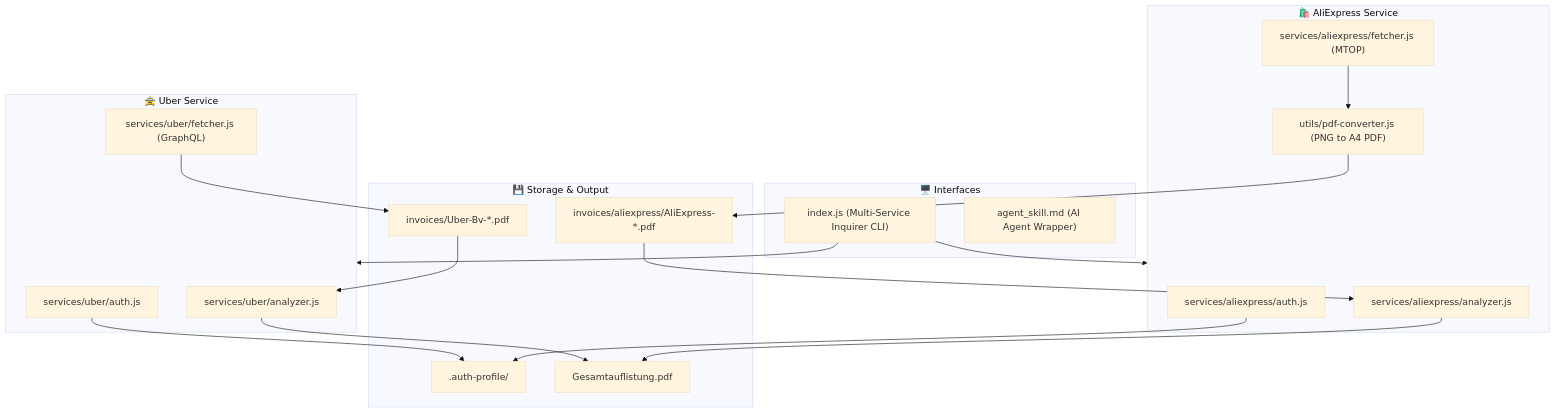
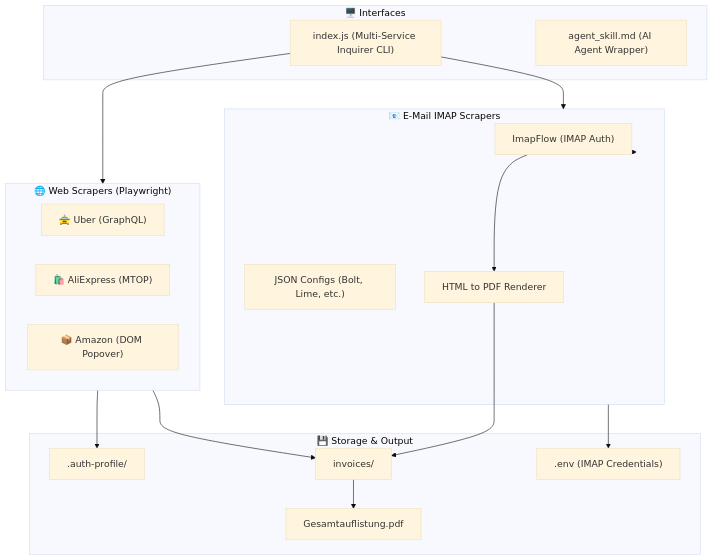
One commit to hybridlabor-api/invoice-scrape-agent changed the diagram in README.md. Above: the diagram before and after it, drawn with Mermaid (base theme). The commit also changed other lines of this file, not shown here.

Commit message:
docs: update README with new IMAP email scraping architecture and Amazon integration

````diff
--- a/README.md
+++ b/README.md
@@ -55,36 +64,36 @@
 ```mermaid
 flowchart TD
     subgraph UI ["🖥️ Interfaces"]
         CLI["index.js (Multi-Service Inquirer CLI)"]
         AGENT["agent_skill.md (AI Agent Wrapper)"]
     end
 
-    subgraph Uber ["🚖 Uber Service"]
-        U_AUTH["services/uber/auth.js"]
-        U_FETCH["services/uber/fetcher.js (GraphQL)"]
-        U_PARSE["services/uber/analyzer.js"]
+    subgraph WebScrapers ["🌐 Web Scrapers (Playwright)"]
+        UBER["🚖 Uber (GraphQL)"]
+        ALI["🛍️ AliExpress (MTOP)"]
+        AMZ["📦 Amazon (DOM Popover)"]
     end
 
-    subgraph AliExpress ["🛍️ AliExpress Service"]
-        A_AUTH["services/aliexpress/auth.js"]
-        A_FETCH["services/aliexpress/fetcher.js (MTOP)"]
-        A_CONV["utils/pdf-converter.js (PNG to A4 PDF)"]
-        A_PARSE["services/aliexpress/analyzer.js"]
+    subgraph EmailScrapers ["📧 E-Mail IMAP Scrapers"]
+        IMAP["ImapFlow (IMAP Auth)"]
+        JSON["JSON Configs (Bolt, Lime, etc.)"]
+        HTML2PDF["HTML to PDF Renderer"]
     end
 
     subgraph Storage ["💾 Storage & Output"]
         PROFILE[".auth-profile/"]
-        U_INV["invoices/Uber-Bv-*.pdf"]
-        A_INV["invoices/aliexpress/AliExpress-*.pdf"]
+        ENV[".env (IMAP Credentials)"]
+        INVOICES["invoices/"]
         SUMMARY["Gesamtauflistung.pdf"]
     end
 
-    CLI --> Uber
-    CLI --> AliExpress
-    U_AUTH --> PROFILE
-    A_AUTH --> PROFILE
-    U_FETCH --> U_INV
-    A_FETCH --> A_CONV --> A_INV
-    U_INV --> U_PARSE --> SUMMARY
-    A_INV --> A_PARSE --> SUMMARY
+    CLI --> WebScrapers
+    CLI --> EmailScrapers
+    WebScrapers --> PROFILE
+    EmailScrapers --> ENV
+    EmailScrapers --> IMAP
+    IMAP --> HTML2PDF
+    HTML2PDF --> INVOICES
+    WebScrapers --> INVOICES
+    INVOICES --> SUMMARY
 ```
````
